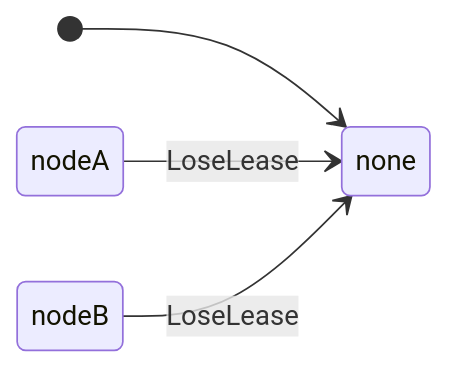
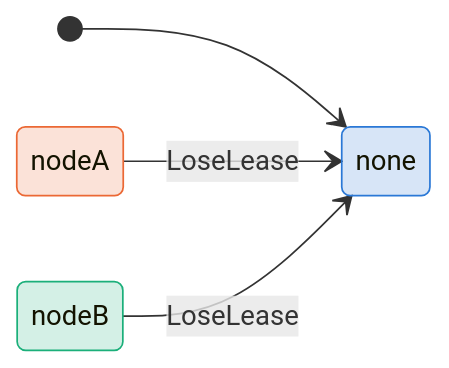
One commit to antflydb/antfly changed the first of 2 diagrams in zig/specs/tla/diagrams/storage/db/AntflyEnrichmentLease.md. Above: the diagram before and after it, drawn with Mermaid. The commit also changed 27 other files, not shown here.

````diff
--- a/zig/specs/tla/diagrams/storage/db/AntflyEnrichmentLease.md
+++ b/zig/specs/tla/diagrams/storage/db/AntflyEnrichmentLease.md
@@ -13,7 +13,13 @@
 ```mermaid
 stateDiagram-v2
     direction LR
     [*] --> none
     nodeA --> none : LoseLease
     nodeB --> none : LoseLease
+    classDef c_none fill:#2a78d630,stroke:#2a78d6
+    class none c_none
+    classDef c_nodeA fill:#eb683430,stroke:#eb6834
+    class nodeA c_nodeA
+    classDef c_nodeB fill:#1baf7a30,stroke:#1baf7a
+    class nodeB c_nodeB
 ```
````
